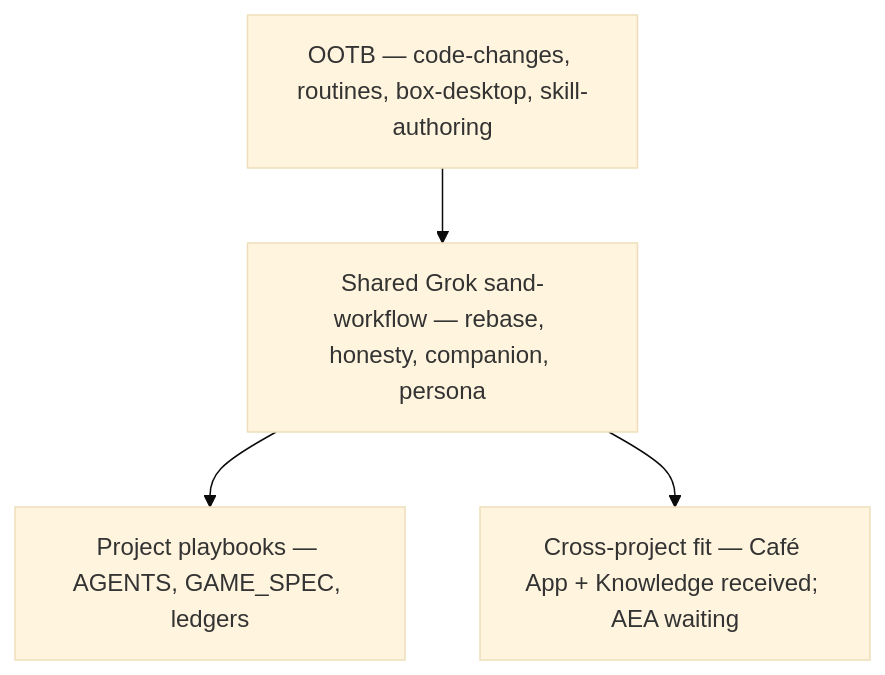
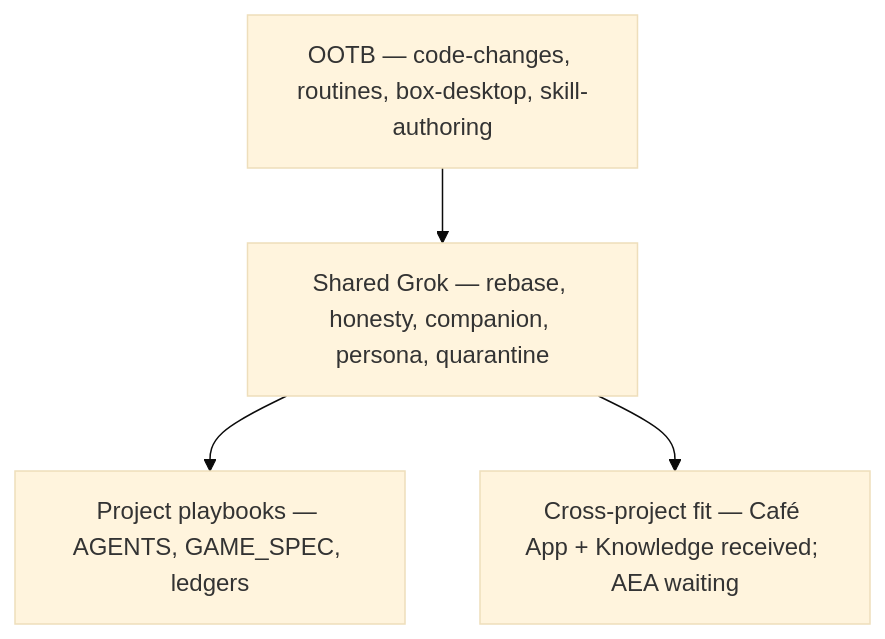
The diagram in docs/SKILL_MATRIX.md (artofdream/zorg-dungeon), drawn with Mermaid (base theme) before and after one commit. The commit also changed other lines of this file and 3 other files, not shown here.

First line of the commit message:
docs: mark corpus-quarantine-honesty created and link #50–#52

````diff
--- a/docs/SKILL_MATRIX.md
+++ b/docs/SKILL_MATRIX.md
@@ -13,10 +20,10 @@
 ```mermaid
 flowchart TB
   ootb["OOTB — code-changes, routines, box-desktop, skill-authoring"]
-  shared["Shared Grok sand-workflow — rebase, honesty, companion, persona"]
+  shared["Shared Grok — rebase, honesty, companion, persona, quarantine"]
   playbooks["Project playbooks — AGENTS, GAME_SPEC, ledgers"]
   fit["Cross-project fit — Café App + Knowledge received; AEA waiting"]
   ootb --> shared
   shared --> playbooks
   shared --> fit
 ```
````
